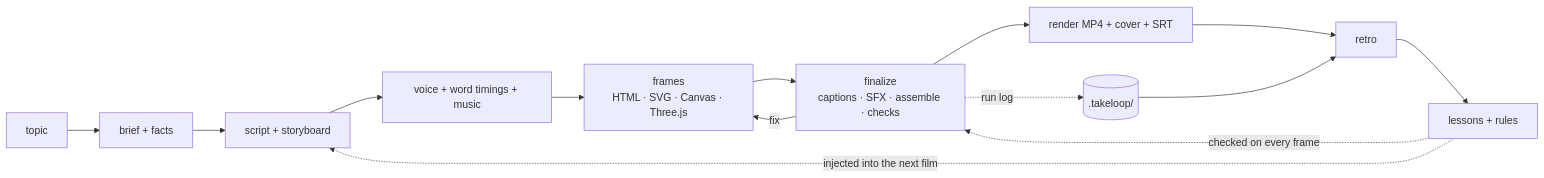
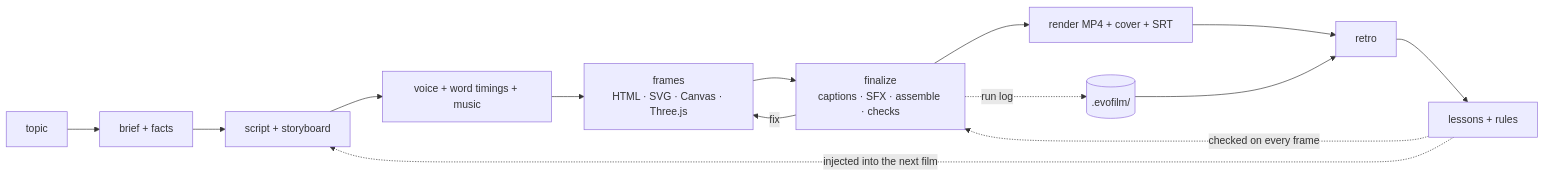
The diagram in README.md (agentic-loops-x/Reels-RSI), drawn with Mermaid before and after one commit. The commit also changed other lines of this file and 175 other files, not shown here.

````diff
--- a/README.md
+++ b/README.md
@@ -68,16 +68,16 @@
 ```mermaid
 flowchart LR
   A[topic] --> B[brief + facts]
   B --> C[script + storyboard]
   C --> D[voice + word timings + music]
   D --> E[frames<br/>HTML · SVG · Canvas · Three.js]
   E --> F[finalize<br/>captions · SFX · assemble · checks]
   F -->|fix| E
   F --> G[render MP4 + cover + SRT]
-  F -. run log .-> H[(.takeloop/)]
+  F -. run log .-> H[(.evofilm/)]
   G --> I[retro]
   H --> I
   I --> J[lessons + rules]
   J -. injected into the next film .-> C
   J -. checked on every frame .-> F
 ```
````
